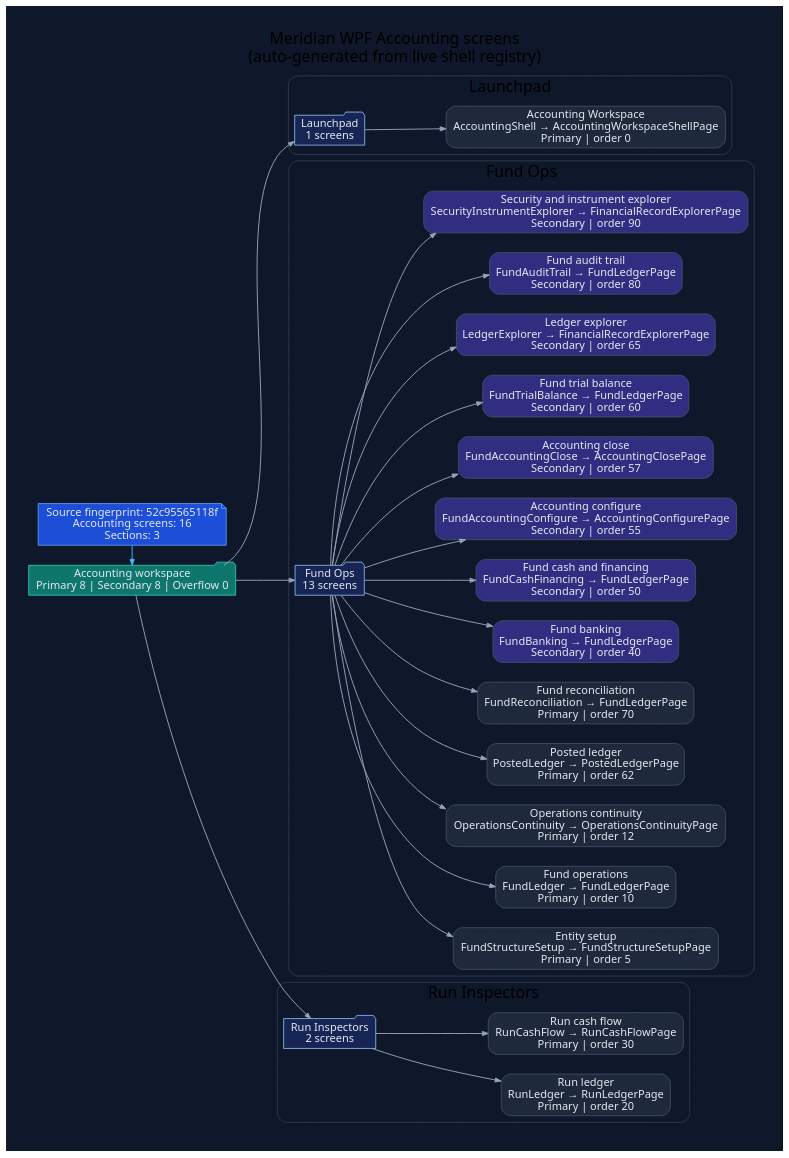
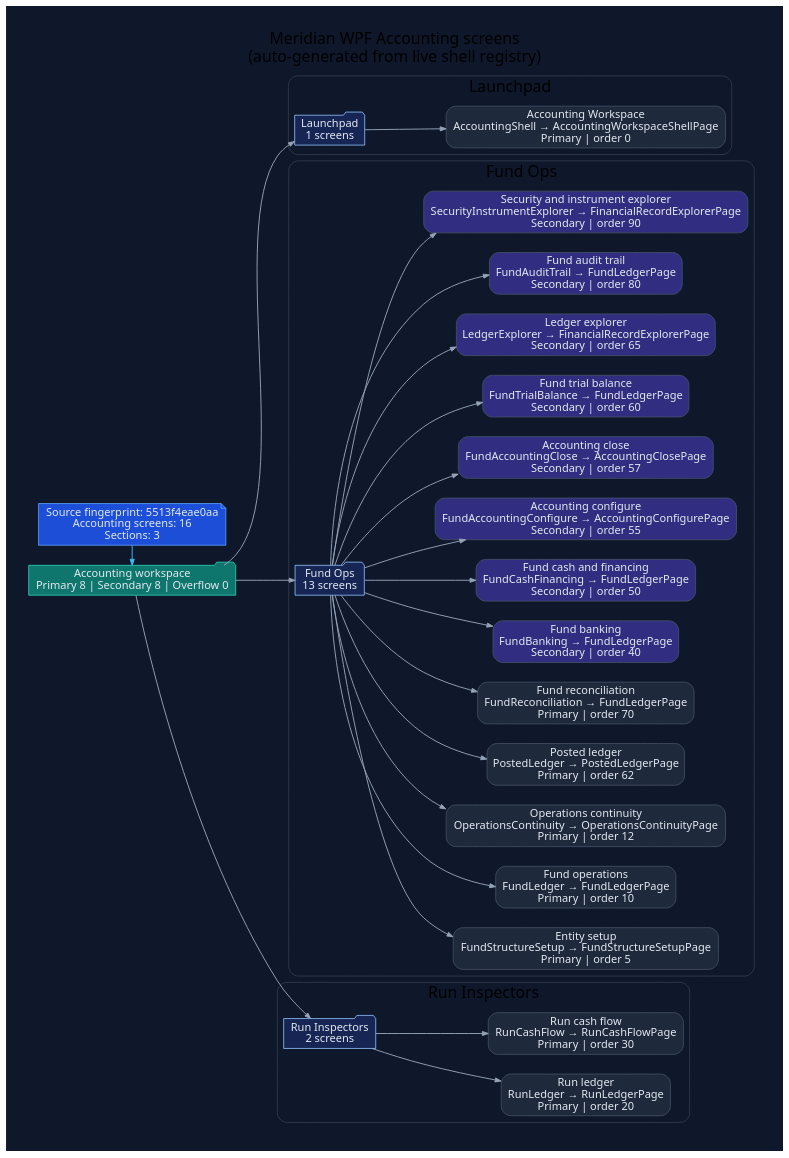
The diagram in docs/diagrams/ui-wpf-screens-accounting.dot (rodoHasArrived/Meridian-main), drawn with Graphviz before and after one commit. The commit also changed 380 other files, not shown here.

```diff
--- a/docs/diagrams/ui-wpf-screens-accounting.dot
+++ b/docs/diagrams/ui-wpf-screens-accounting.dot
@@ -1,82 +1,82 @@
 // -----------------------------------------------------------------------------
 // <auto-generated>
 // Generated by scripts/generate-diagrams.mjs.
 // Do not edit this file directly; update the WPF source files instead.
 // -----------------------------------------------------------------------------
 digraph WpfAccountingScreens {
   graph [
     rankdir=LR,
     labelloc=t,
     label="Meridian WPF Accounting screens\n(auto-generated from live shell registry)",
     fontname="Segoe UI",
     fontsize=20,
     pad=0.4,
     nodesep=0.35,
     ranksep=0.85,
     bgcolor="#0f172a"
   ];
   node [fontname="Segoe UI", shape=box, style="rounded,filled", color="#475569", fontcolor="#e2e8f0", fillcolor="#1e293b"];
   edge [fontname="Segoe UI", color="#94a3b8", penwidth=1.2, arrowsize=0.75];
 
-  generated [shape=note, fillcolor="#1d4ed8", color="#60a5fa", label="Source fingerprint: 52c95565118f\nAccounting screens: 16\nSections: 3"];
+  generated [shape=note, fillcolor="#1d4ed8", color="#60a5fa", label="Source fingerprint: 5513f4eae0aa\nAccounting screens: 16\nSections: 3"];
   workspace [shape=folder, fillcolor="#0f766e", color="#2dd4bf", label="Accounting workspace\nPrimary 8 | Secondary 8 | Overflow 0"];
   generated -> workspace [color="#38bdf8"];
 
   subgraph cluster_section_1 {
     label="Launchpad";
     color="#334155";
     style="rounded";
     section_1 [shape=folder, fillcolor="#172554", color="#93c5fd", label="Launchpad\n1 screens"];
     workspace -> section_1;
     screen_AccountingShell [fillcolor="#1e293b", label="Accounting Workspace\nAccountingShell → AccountingWorkspaceShellPage\nPrimary | order 0"];
     section_1 -> screen_AccountingShell;
   }
 
   subgraph cluster_section_2 {
     label="Fund Ops";
     color="#334155";
     style="rounded";
     section_2 [shape=folder, fillcolor="#172554", color="#93c5fd", label="Fund Ops\n13 screens"];
     workspace -> section_2;
     screen_FundStructureSetup [fillcolor="#1e293b", label="Entity setup\nFundStructureSetup → FundStructureSetupPage\nPrimary | order 5"];
     section_2 -> screen_FundStructureSetup;
     screen_FundLedger [fillcolor="#1e293b", label="Fund operations\nFundLedger → FundLedgerPage\nPrimary | order 10"];
     section_2 -> screen_FundLedger;
     screen_OperationsContinuity [fillcolor="#1e293b", label="Operations continuity\nOperationsContinuity → OperationsContinuityPage\nPrimary | order 12"];
     section_2 -> screen_OperationsContinuity;
     screen_PostedLedger [fillcolor="#1e293b", label="Posted ledger\nPostedLedger → PostedLedgerPage\nPrimary | order 62"];
     section_2 -> screen_PostedLedger;
     screen_FundReconciliation [fillcolor="#1e293b", label="Fund reconciliation\nFundReconciliation → FundLedgerPage\nPrimary | order 70"];
     section_2 -> screen_FundReconciliation;
     screen_FundBanking [fillcolor="#312e81", label="Fund banking\nFundBanking → FundLedgerPage\nSecondary | order 40"];
     section_2 -> screen_FundBanking;
     screen_FundCashFinancing [fillcolor="#312e81", label="Fund cash and financing\nFundCashFinancing → FundLedgerPage\nSecondary | order 50"];
     section_2 -> screen_FundCashFinancing;
     screen_FundAccountingConfigure [fillcolor="#312e81", label="Accounting configure\nFundAccountingConfigure → AccountingConfigurePage\nSecondary | order 55"];
     section_2 -> screen_FundAccountingConfigure;
     screen_FundAccountingClose [fillcolor="#312e81", label="Accounting close\nFundAccountingClose → AccountingClosePage\nSecondary | order 57"];
     section_2 -> screen_FundAccountingClose;
     screen_FundTrialBalance [fillcolor="#312e81", label="Fund trial balance\nFundTrialBalance → FundLedgerPage\nSecondary | order 60"];
     section_2 -> screen_FundTrialBalance;
     screen_LedgerExplorer [fillcolor="#312e81", label="Ledger explorer\nLedgerExplorer → FinancialRecordExplorerPage\nSecondary | order 65"];
     section_2 -> screen_LedgerExplorer;
     screen_FundAuditTrail [fillcolor="#312e81", label="Fund audit trail\nFundAuditTrail → FundLedgerPage\nSecondary | order 80"];
     section_2 -> screen_FundAuditTrail;
     screen_SecurityInstrumentExplorer [fillcolor="#312e81", label="Security and instrument explorer\nSecurityInstrumentExplorer → FinancialRecordExplorerPage\nSecondary | order 90"];
     section_2 -> screen_SecurityInstrumentExplorer;
   }
 
   subgraph cluster_section_3 {
     label="Run Inspectors";
     color="#334155";
     style="rounded";
     section_3 [shape=folder, fillcolor="#172554", color="#93c5fd", label="Run Inspectors\n2 screens"];
     workspace -> section_3;
     screen_RunLedger [fillcolor="#1e293b", label="Run ledger\nRunLedger → RunLedgerPage\nPrimary | order 20"];
     section_3 -> screen_RunLedger;
     screen_RunCashFlow [fillcolor="#1e293b", label="Run cash flow\nRunCashFlow → RunCashFlowPage\nPrimary | order 30"];
     section_3 -> screen_RunCashFlow;
   }
 
   { rank=min; generated; workspace; }
 }
```
